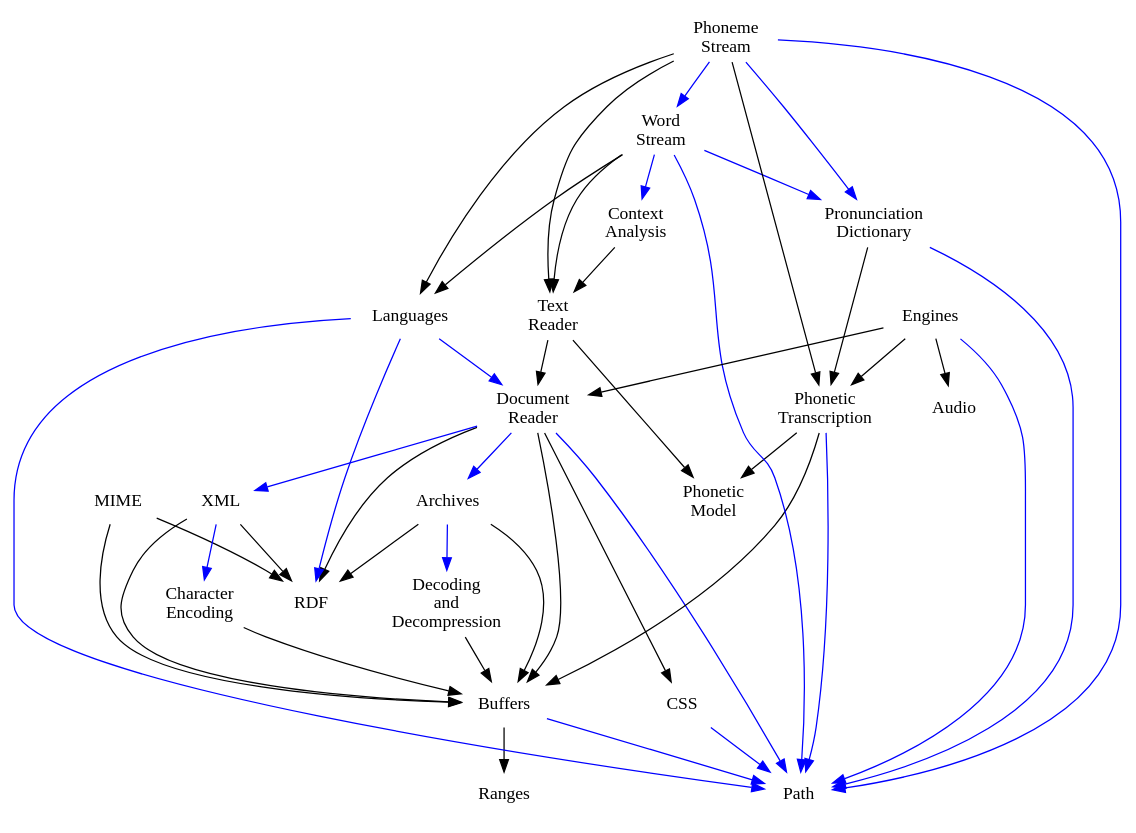
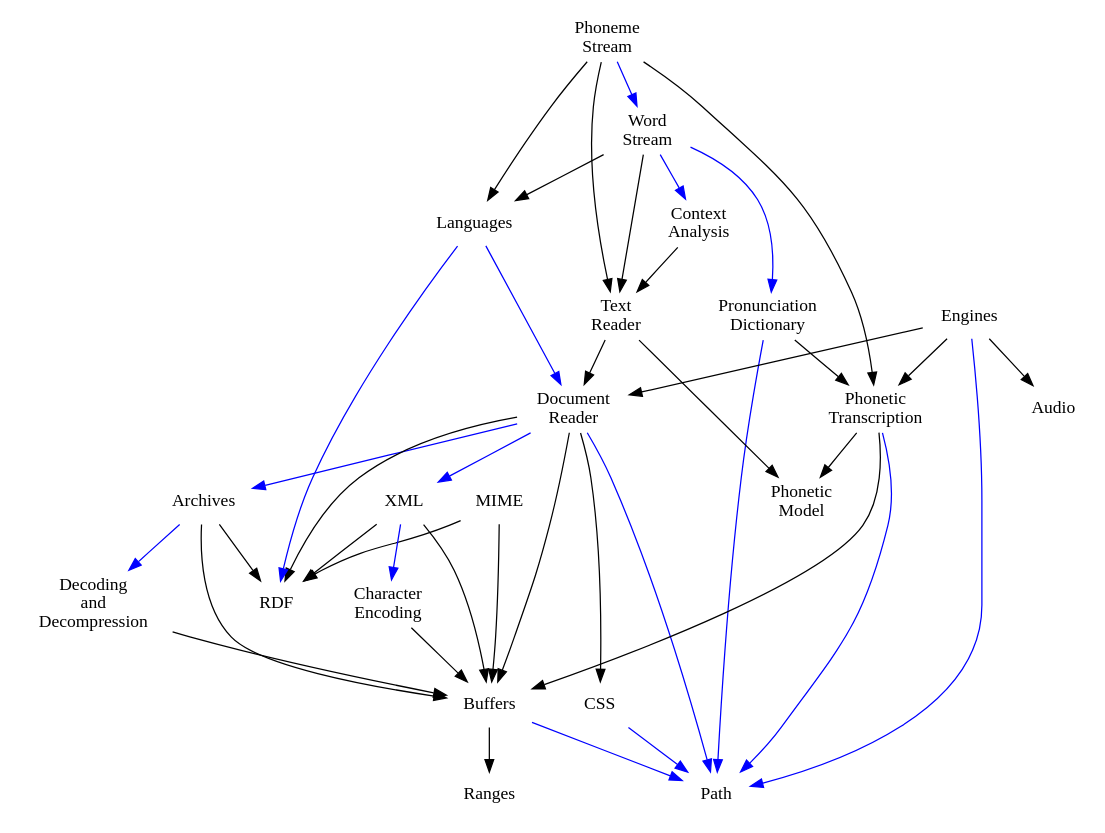
One commit to rhdunn/cainteoir-engine changed the diagram in docs/api/src/architecture.dot. Above: the diagram before and after it, drawn with Graphviz.

Commit message:
architecture.dot: remove more transitive dependencies of the same type (colour)

```diff
--- a/docs/api/src/architecture.dot
+++ b/docs/api/src/architecture.dot
@@ -1,109 +1,109 @@
 digraph "Architecture" {
 
 	archives               [shape=none, label="Archives", URL="group__archives.html"]
 	audio                  [shape=none, label="Audio", URL="group__audio.html"]
 	buffers                [shape=none, label="Buffers", URL="group__buffers.html"]
 	encoding               [shape=none, label="Character&#x0A;Encoding", URL="group__encoding.html"]
 	css                    [shape=none, label="CSS", URL="group__css.html"]
 	decoders               [shape=none, label="Decoding&#x0A;and&#x0A;Decompression", URL="group__decoders.html"]
 	dictionary             [shape=none, label="Pronunciation&#x0A;Dictionary", URL="group__dictionary.html"]
 	document_reader        [shape=none, label="Document&#x0A;Reader", URL="group__document__reader.html"]
 	languages              [shape=none, label="Languages", URL="group__languages.html"]
 	mime                   [shape=none, label="MIME", URL="group__mime.html"]
 	path                   [shape=none, label="Path", URL="group__path.html"]
 	phoneme_model          [shape=none, label="Phonetic&#x0A;Model", URL="group__phoneme.html"]
 	phoneme_transcription  [shape=none, label="Phonetic&#x0A;Transcription", URL="group__phonetic__transcription.html"]
 	ranges                 [shape=none, label="Ranges", URL="group__ranges.html"]
 	rdf                    [shape=none, label="RDF", URL="group__rdf.html"]
 	text_reader            [shape=none, label="Text&#x0A;Reader", URL="group__text__reader.html"]
 	context_analysis       [shape=none, label="Context&#x0A;Analysis", URL="group__context__analysis.html"]
 	word_stream            [shape=none, label="Word&#x0A;Stream", URL="group__word__stream.html"]
 	phoneme_stream         [shape=none, label="Phoneme&#x0A;Stream", URL="group__phoneme__stream.html"]
 	tts_engines            [shape=none, label="Engines", URL="group__tts__engines.html"]
 	xml                    [shape=none, label="XML", URL="group__xml.html"]
 
 	// usage (API)
 
 	buffers -> ranges [color=black]
 
 	archives -> buffers [color=black]
 	archives -> rdf [color=black]
 
 	decoders -> buffers [color=black]
 
 	encoding -> buffers [color=black]
 
 //	dictionary -> buffers [color=black] // transitive dependency
 //	dictionary -> phoneme_model [color=black] // transitive dependency
 	dictionary -> phoneme_transcription [color=black]
 
 	document_reader -> buffers [color=black]
 	document_reader -> rdf     [color=black]
 	document_reader -> css     [color=black]
 
 	mime -> buffers [color=black]
 	mime -> rdf [color=black]
 
 	phoneme_transcription -> buffers [color=black]
 	phoneme_transcription -> phoneme_model [color=black]
 
 	xml -> buffers [color=black]
 	xml -> rdf [color=black]
 
 //	text_reader -> buffers [color=black] // transitive dependency
 //	text_reader -> ranges [color=black] // transitive dependency
 	text_reader -> phoneme_model [color=black]
 	text_reader -> document_reader [color=black]
 
 //	context_analysis -> document_reader [color=black] // transitive dependency
 	context_analysis -> text_reader [color=black]
 
 //	word_stream -> document_reader [color=black] // transitive dependency
 	word_stream -> text_reader [color=black]
 	word_stream -> languages [color=black]
 
 //	phoneme_stream -> document_reader [color=black] // transitive dependency
 	phoneme_stream -> text_reader [color=black]
 	phoneme_stream -> languages [color=black]
 	phoneme_stream -> phoneme_transcription [color=black]
 
 	tts_engines -> document_reader [color=black]
 	tts_engines -> audio [color=black]
 //	tts_engines -> rdf [color=black] // transitive dependency
 	tts_engines -> phoneme_transcription [color=black]
 
 	// usage (implementation)
 
 	archives -> decoders [color=blue]
 
 	buffers -> path [color=blue]
 
 	css -> path [color=blue]
 
 	dictionary -> path [color=blue]
 
 	document_reader -> archives [color=blue]
 //	document_reader -> encoding [color=blue] // transitive dependency
 //	document_reader -> decoders [color=blue] // transitive dependency
 	document_reader -> path [color=blue]
 	document_reader -> xml [color=blue]
 
 	languages -> rdf [color=blue]
 	languages -> document_reader [color=blue]
-	languages -> path [color=blue]
+//	languages -> path [color=blue] // transitive dependency
 
 	phoneme_transcription -> path [color=blue]
 
 	tts_engines -> path [color=blue]
 
-	word_stream -> path [color=blue]
+//	word_stream -> path [color=blue] // transitive dependency
 	word_stream -> context_analysis [color=blue]
 	word_stream -> dictionary [color=blue]
 
-	phoneme_stream -> path [color=blue]
+//	phoneme_stream -> path [color=blue] // transitive dependency
 	phoneme_stream -> word_stream [color=blue]
-	phoneme_stream -> dictionary [color=blue]
+//	phoneme_stream -> dictionary [color=blue] // transitive dependency
 
 	xml -> encoding [color=blue]
 
 }
```
